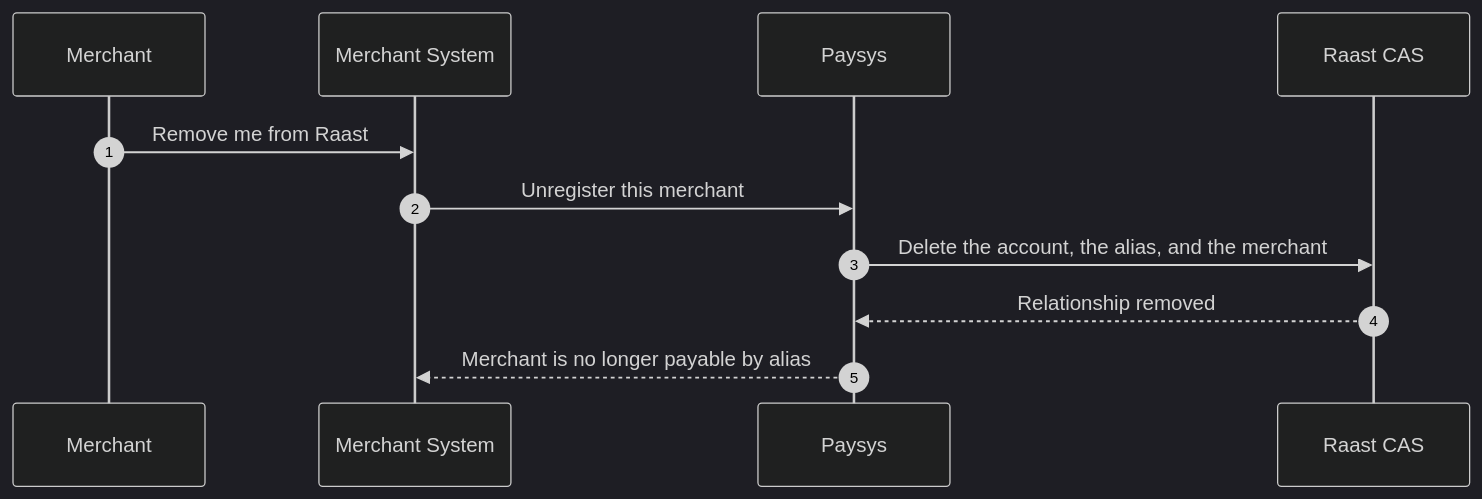
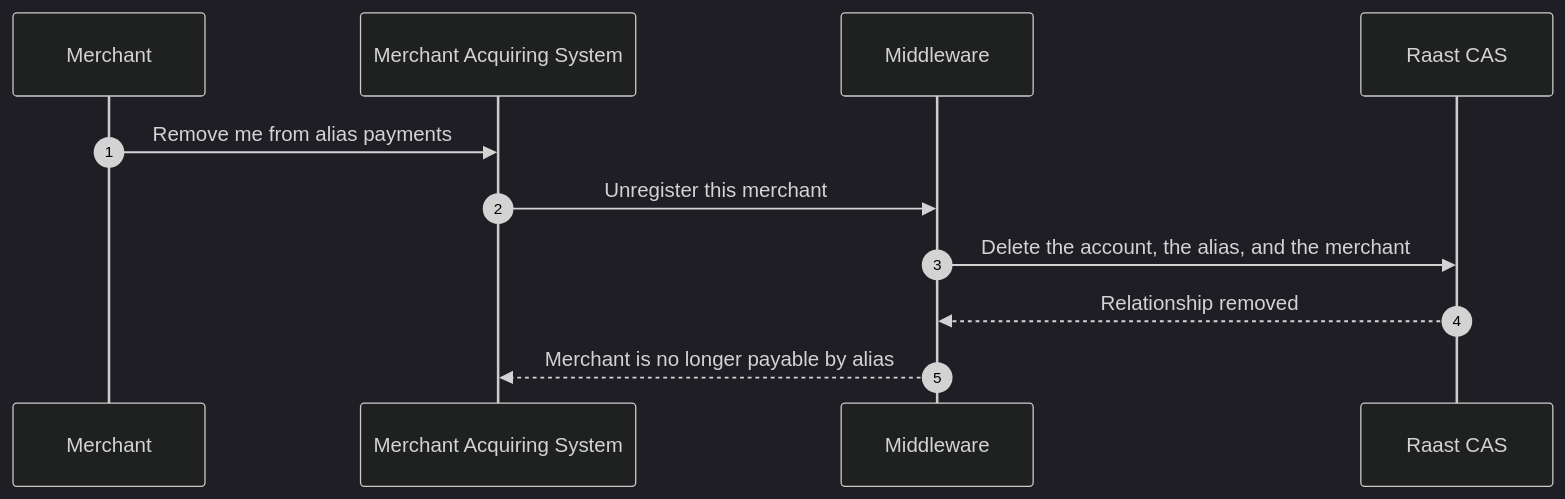
The second of 8 diagrams in modules/04-p2m-acquiring/04_Raast_P2M_Acquiring_Overview.md (HuzaifaTanzeel/raast-training-public), drawn with Mermaid (dark theme) before and after one commit. The commit also changed other lines of this file and 5 other files, not shown here.

Commit message:
Correct the P2M overviews so static QR, dynamic QR, and alias payments follow their own paths.

````diff
--- a/modules/04-p2m-acquiring/04_Raast_P2M_Acquiring_Overview.md
+++ b/modules/04-p2m-acquiring/04_Raast_P2M_Acquiring_Overview.md
@@ -61,14 +73,14 @@
 ```mermaid
 sequenceDiagram
     autonumber
     participant M as Merchant
-    participant MS as Merchant System
-    participant P as Paysys
+    participant MAS as Merchant Acquiring System
+    participant MW as Middleware
     participant CAS as Raast CAS
 
-    M->>MS: Remove me from Raast
-    MS->>P: Unregister this merchant
-    P->>CAS: Delete the account, the alias, and the merchant
-    CAS-->>P: Relationship removed
-    P-->>MS: Merchant is no longer payable by alias
+    M->>MAS: Remove me from alias payments
+    MAS->>MW: Unregister this merchant
+    MW->>CAS: Delete the account, the alias, and the merchant
+    CAS-->>MW: Relationship removed
+    MW-->>MAS: Merchant is no longer payable by alias
 ```
````
